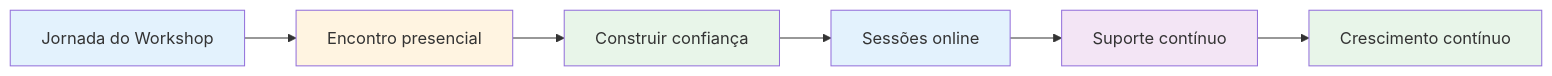
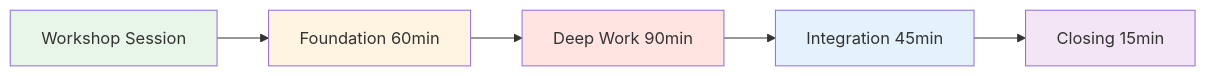
Before and after one commit to patwii/petanque-academy: the first of 4 diagrams in docs/pt/workshop.md, drawn with Mermaid. The commit also changed other lines of this file and 259 other files, not shown here.

````diff
--- a/docs/pt/workshop.md
+++ b/docs/pt/workshop.md
@@ -11,15 +13,13 @@
 ```mermaid
 graph LR
-    A[Jornada do Workshop] --> B[Encontro presencial]
-    B --> C[Construir confiança]
-    C --> D[Sessões online]
-    D --> E[Suporte contínuo]
-    E --> F[Crescimento contínuo]
+    A[Workshop Session] --> B[Foundation 60min]
+    B --> C[Deep Work 90min]
+    C --> D[Integration 45min]
+    D --> E[Closing 15min]
 
-    style A fill:#e3f2fd
+    style A fill:#e8f5e9
     style B fill:#fff4e1
-    style C fill:#e8f5e9
+    style C fill:#ffe4e1
     style D fill:#e3f2fd
     style E fill:#f3e5f5
-    style F fill:#e8f5e9
 ```
````
